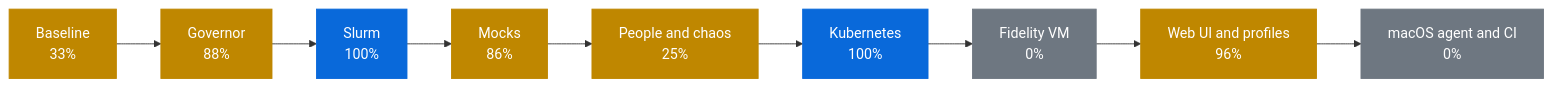
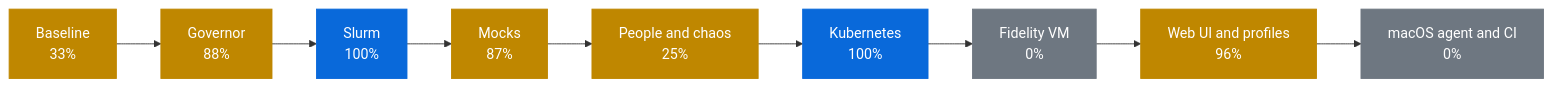
The first of 2 diagrams in docs/PROGRESS.md (AhmedYousriSobhi/workbench), drawn with Mermaid before and after one commit. The commit also changed other lines of this file and 11 other files, not shown here.

````diff
--- a/docs/PROGRESS.md
+++ b/docs/PROGRESS.md
@@ -12,17 +12,17 @@
 ```mermaid
 flowchart LR
     p0["Baseline<br/>33%"]:::partial
     p1["Governor<br/>88%"]:::partial
     p2["Slurm<br/>100%"]:::review
-    p3["Mocks<br/>86%"]:::partial
+    p3["Mocks<br/>87%"]:::partial
     p4["People and chaos<br/>25%"]:::partial
     p5["Kubernetes<br/>100%"]:::review
     p6["Fidelity VM<br/>0%"]:::todo
     p7["Web UI and profiles<br/>96%"]:::partial
     p8["macOS agent and CI<br/>0%"]:::todo
     p0 --> p1 --> p2 --> p3 --> p4 --> p5 --> p6 --> p7 --> p8
     classDef done fill:#1a7f37,stroke:#1a7f37,color:#fff
     classDef review fill:#0969da,stroke:#0969da,color:#fff
     classDef partial fill:#bf8700,stroke:#bf8700,color:#fff
     classDef todo fill:#6e7781,stroke:#6e7781,color:#fff
 ```
````
